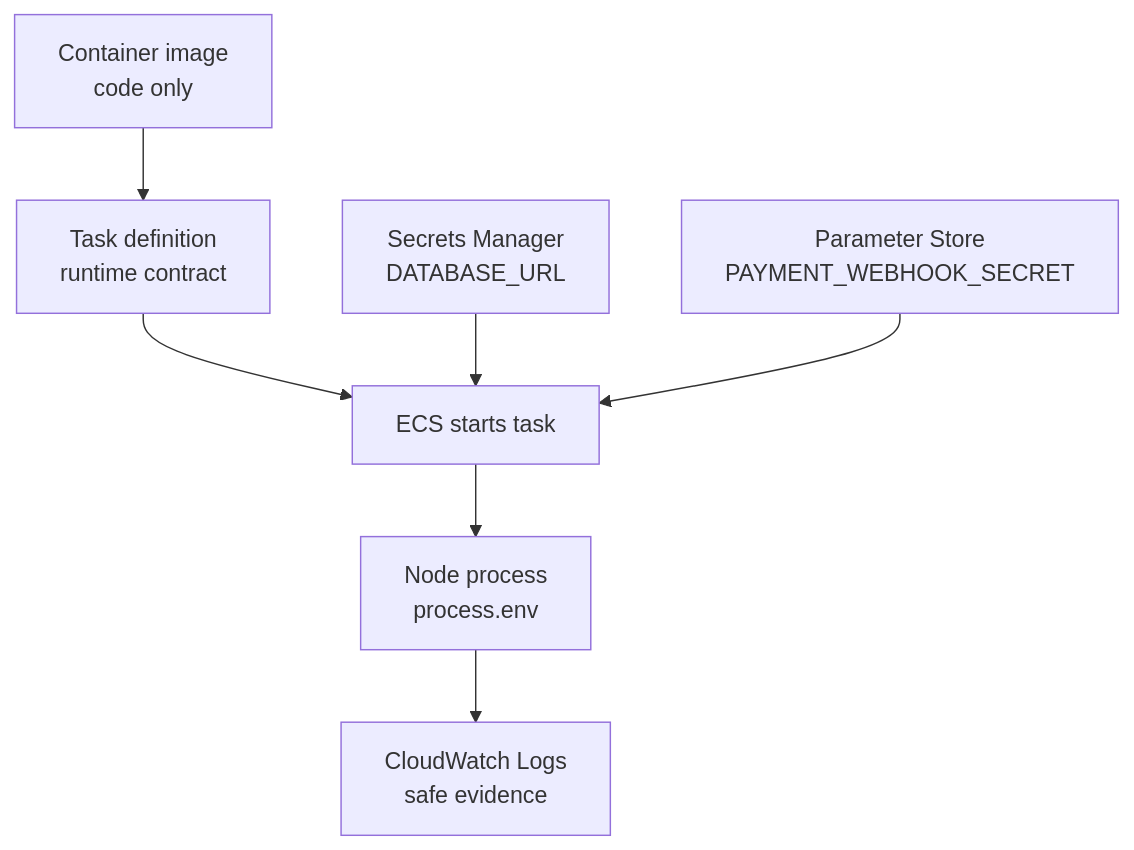
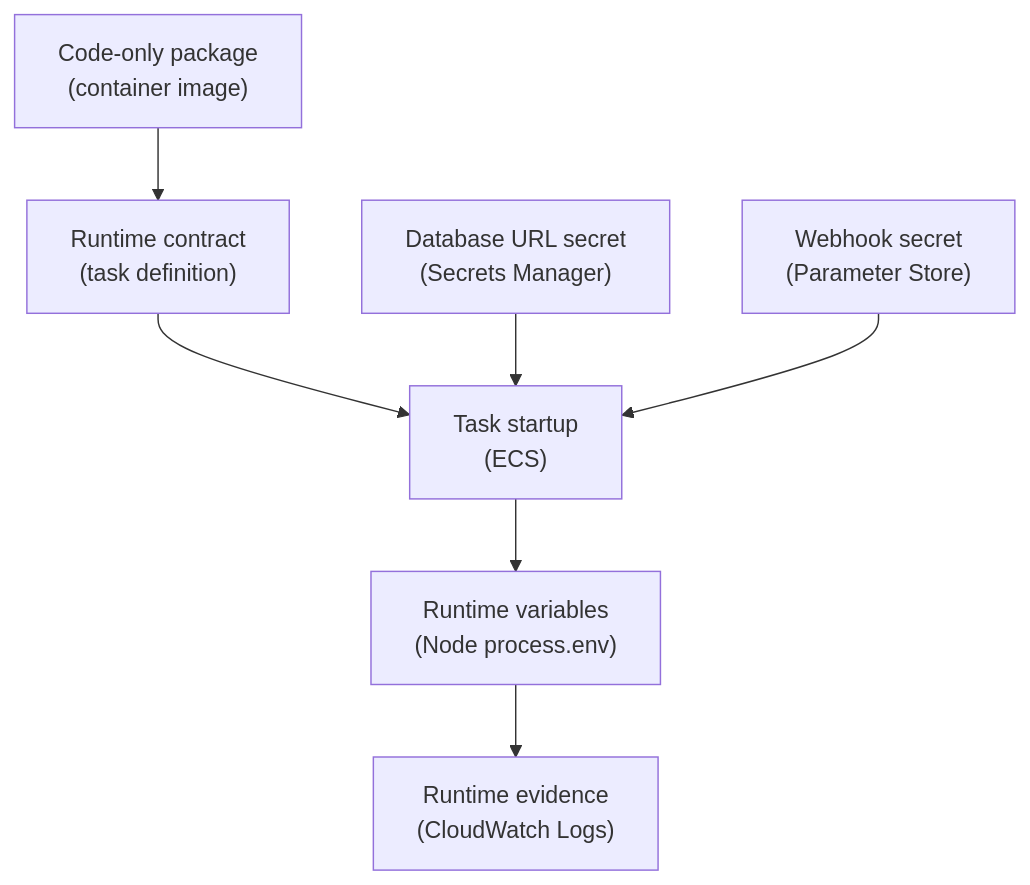
The diagram in cloud-providers/aws/deployment-runtime-operations/runtime-config-secrets-and-environment-variables.md (senlinyy/dev-roadmaps), drawn with Mermaid before and after one commit. The commit also changed 89 other files, not shown here.

````diff
--- a/cloud-providers/aws/deployment-runtime-operations/runtime-config-secrets-and-environment-variables.md
+++ b/cloud-providers/aws/deployment-runtime-operations/runtime-config-secrets-and-environment-variables.md
@@ -84,9 +84,9 @@
 ```mermaid
 flowchart TD
-    IMAGE["Container image<br/>code only"] --> TASKDEF["Task definition<br/>runtime contract"]
-    TASKDEF --> ECS["ECS starts task"]
-    SM["Secrets Manager<br/>DATABASE_URL"] --> ECS
-    SSM["Parameter Store<br/>PAYMENT_WEBHOOK_SECRET"] --> ECS
-    ECS --> NODE["Node process<br/>process.env"]
-    NODE --> LOGS["CloudWatch Logs<br/>safe evidence"]
+    IMAGE["Code-only package<br/>(container image)"] --> TASKDEF["Runtime contract<br/>(task definition)"]
+    TASKDEF --> ECS["Task startup<br/>(ECS)"]
+    SM["Database URL secret<br/>(Secrets Manager)"] --> ECS
+    SSM["Webhook secret<br/>(Parameter Store)"] --> ECS
+    ECS --> NODE["Runtime variables<br/>(Node process.env)"]
+    NODE --> LOGS["Runtime evidence<br/>(CloudWatch Logs)"]
 ```
````
